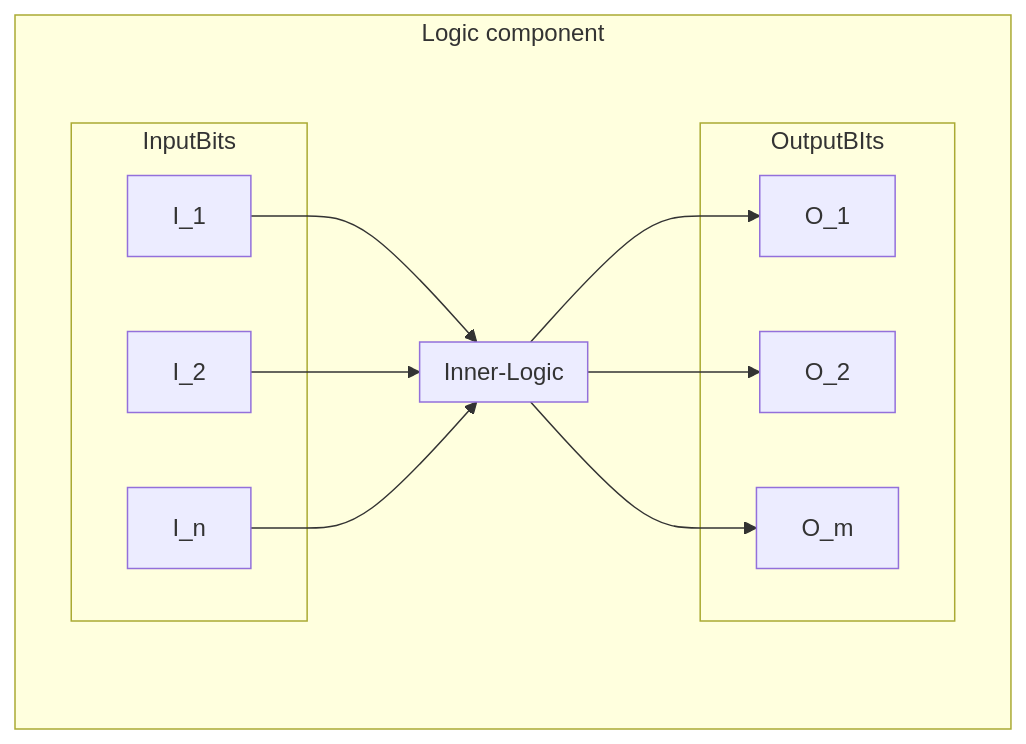
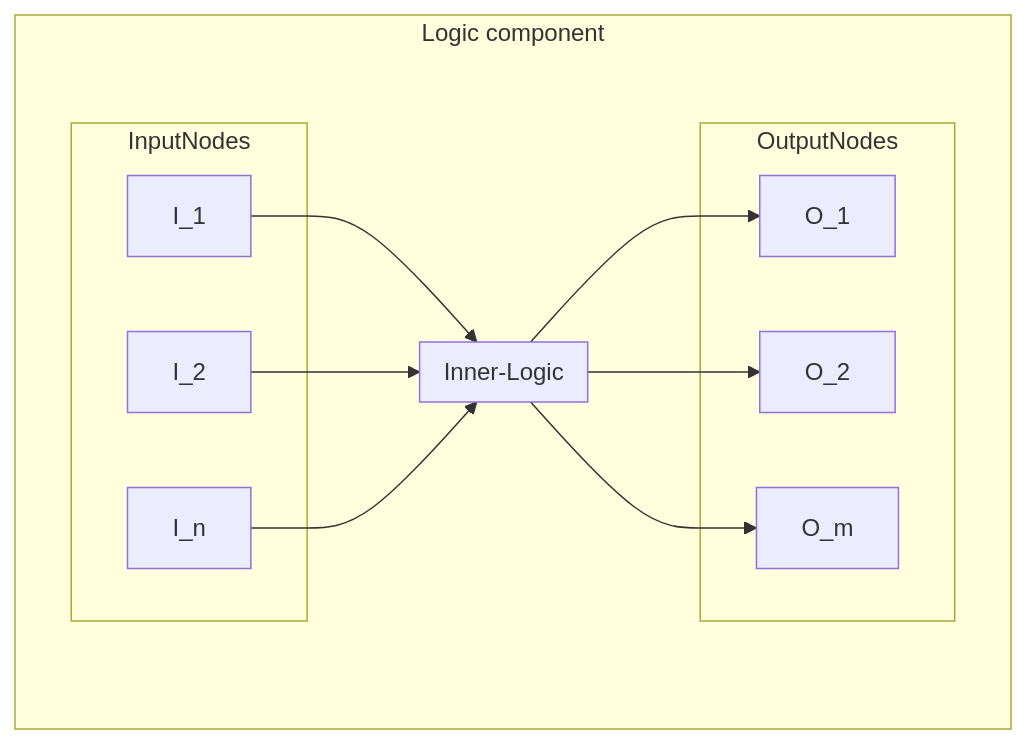
Before and after one commit to brmatthy/cpu: the first of 2 diagrams in src/logic/base/README.md, drawn with Mermaid. The commit also changed other lines of this file, not shown here.

````diff
--- a/src/logic/base/README.md
+++ b/src/logic/base/README.md
@@ -10,25 +9,25 @@
 ```mermaid
 flowchart LR
 	subgraph Logic component
 		direction LR
-		subgraph InputBits
+		subgraph InputNodes
 			I_1
 			I_2
 			I_n
 		end
 		subgraph Inner-Logic
 		end
-		subgraph OutputBIts
+		subgraph OutputNodes
 			O_1
 			O_2
 			O_m
 		end
 		I_1 --> Inner-Logic
 		I_2 --> Inner-Logic
 		I_n --> Inner-Logic
 		
 		Inner-Logic --> O_1
 		Inner-Logic --> O_2
 		Inner-Logic --> O_m
 	end
 ```
````
